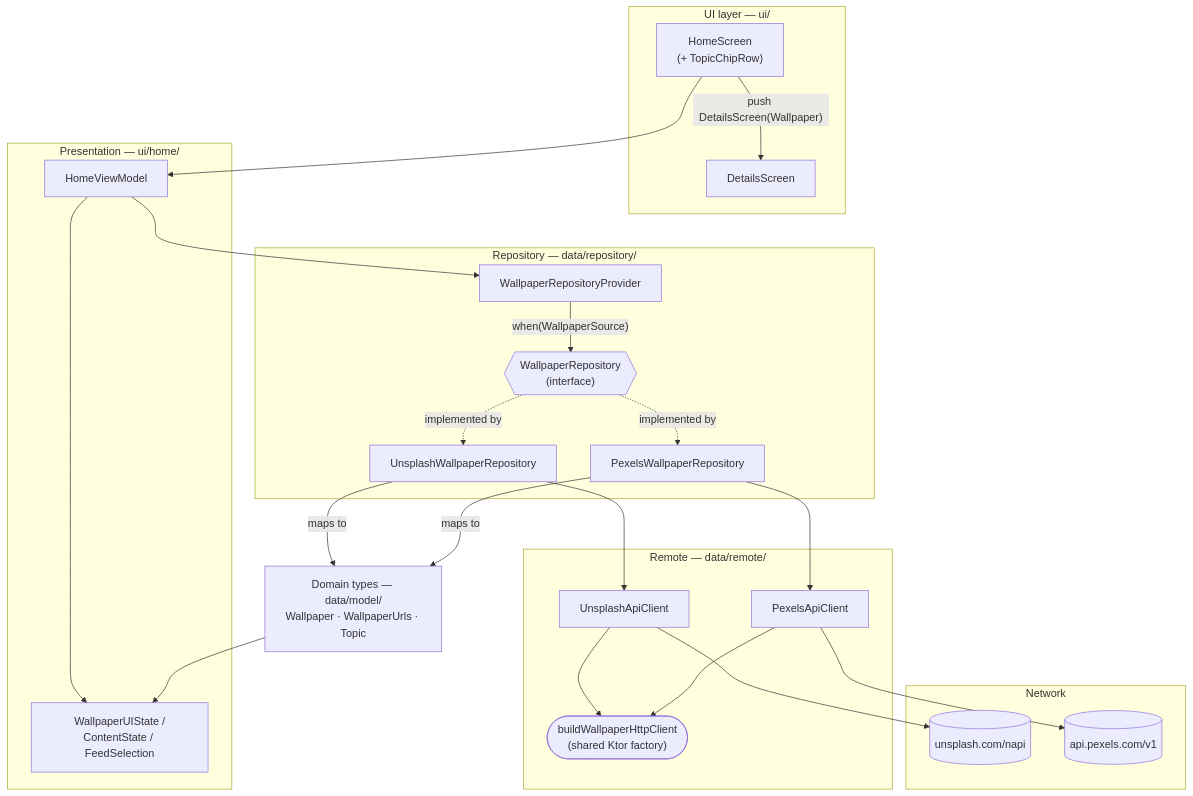
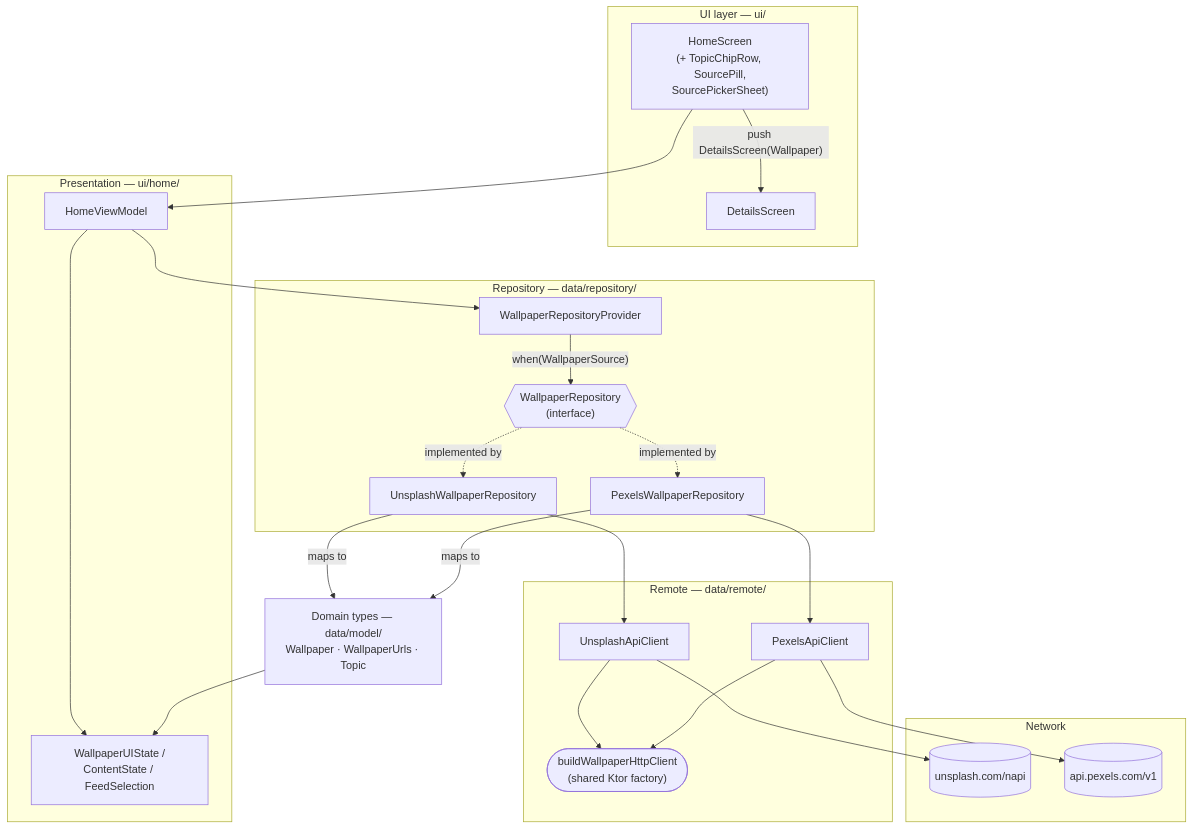
The first of 5 diagrams in docs/architecture.md (AnikethanVA/Splashnt), drawn with Mermaid before and after one commit. The commit also changed other lines of this file and 1 other file, not shown here.

Commit message:
Document user-facing source switching (bottom-sheet picker)

````diff
--- a/docs/architecture.md
+++ b/docs/architecture.md
@@ -18,49 +18,49 @@
 ```mermaid
 flowchart TD
     subgraph UI["UI layer — ui/"]
-        HS["HomeScreen<br/>(+ TopicChipRow)"]
+        HS["HomeScreen<br/>(+ TopicChipRow, SourcePill,<br/>SourcePickerSheet)"]
         DS["DetailsScreen"]
     end
 
     subgraph PRES["Presentation — ui/home/"]
         HVM["HomeViewModel"]
         STATE["WallpaperUIState /<br/>ContentState / FeedSelection"]
     end
 
     subgraph REPO["Repository — data/repository/"]
         PROV["WallpaperRepositoryProvider"]
         IREPO{{"WallpaperRepository<br/>(interface)"}}
         UREPO["UnsplashWallpaperRepository"]
         PREPO["PexelsWallpaperRepository"]
     end
 
     subgraph REMOTE["Remote — data/remote/"]
         FAC(["buildWallpaperHttpClient<br/>(shared Ktor factory)"])
         UAPI["UnsplashApiClient"]
         PAPI["PexelsApiClient"]
     end
 
     subgraph NET["Network"]
         UN[("unsplash.com/napi")]
         PX[("api.pexels.com/v1")]
     end
 
     DOMAIN["Domain types — data/model/<br/>Wallpaper · WallpaperUrls · Topic"]
 
     HS --> HVM
     HS -->|"push DetailsScreen(Wallpaper)"| DS
     HVM --> STATE
     HVM --> PROV
     PROV -->|"when(WallpaperSource)"| IREPO
     IREPO -.->|implemented by| UREPO
     IREPO -.->|implemented by| PREPO
     UREPO --> UAPI
     PREPO --> PAPI
     UAPI --> FAC
     PAPI --> FAC
     UAPI --> UN
     PAPI --> PX
     UREPO -->|maps to| DOMAIN
     PREPO -->|maps to| DOMAIN
     DOMAIN --> STATE
 ```
````
